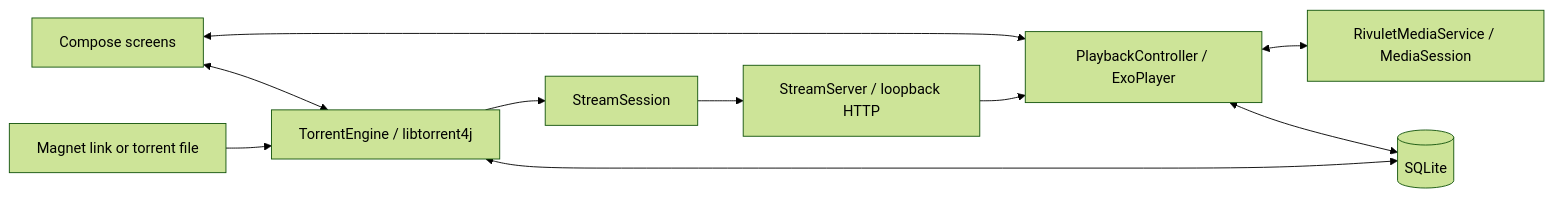
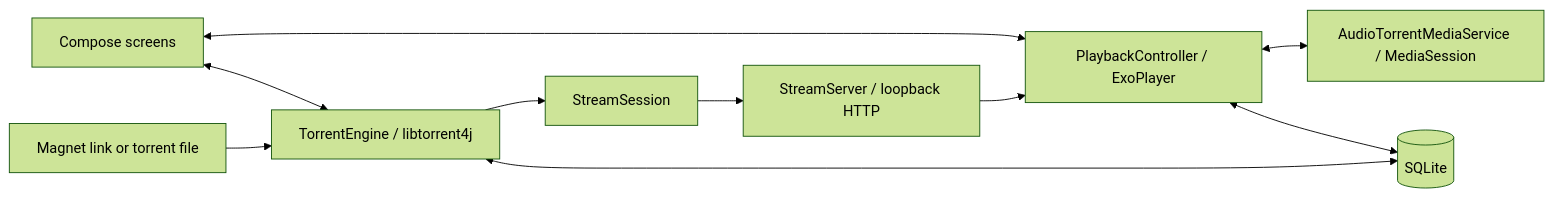
The diagram in docs/ARCHITECTURE.md (rabit314/AudioTorrent), drawn with Mermaid (forest theme) before and after one commit. The commit also changed other lines of this file and 260 other files, not shown here.

Commit message:
Rename package and branding to AudioTorrent everywhere

````diff
--- a/docs/ARCHITECTURE.md
+++ b/docs/ARCHITECTURE.md
@@ -7,12 +7,12 @@
 ```mermaid
 flowchart LR
     Input[Magnet link or torrent file] --> Engine[TorrentEngine / libtorrent4j]
     Engine --> Session[StreamSession]
     Session --> HTTP[StreamServer / loopback HTTP]
     HTTP --> Player[PlaybackController / ExoPlayer]
-    Player <--> Service[RivuletMediaService / MediaSession]
+    Player <--> Service[AudioTorrentMediaService / MediaSession]
     UI[Compose screens] <--> Player
     UI <--> Engine
     Engine <--> DB[(SQLite)]
     Player <--> DB
 ```
````
